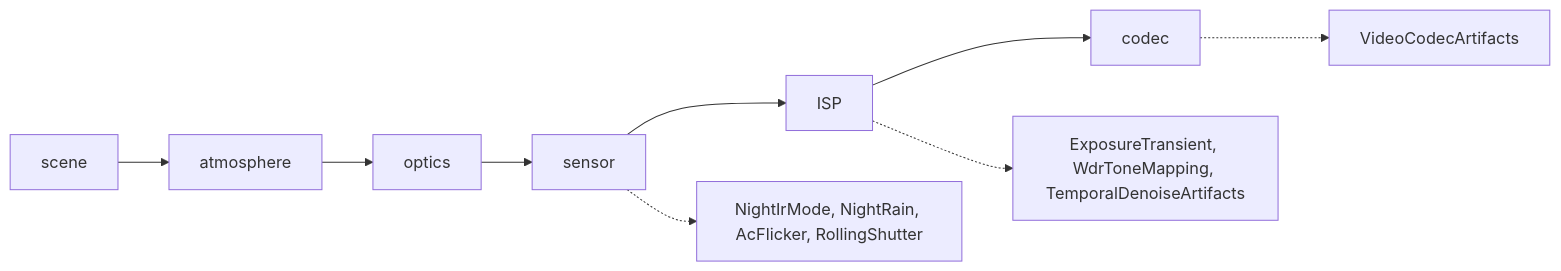
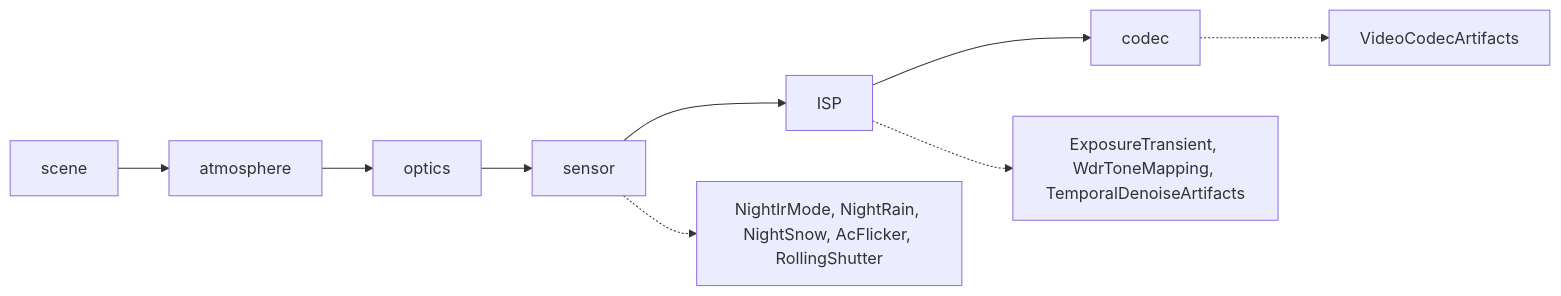
Diagram 13 of 18 in docs/how_it_works.md (desmoteo/surmentations), drawn with Mermaid before and after one commit. The commit also changed other lines of this file and 6 other files, not shown here.

````diff
--- a/docs/how_it_works.md
+++ b/docs/how_it_works.md
@@ -358,11 +385,11 @@
 ```mermaid
 flowchart LR
     SCENE["scene"] --> ATM["atmosphere"]
     ATM --> OPT["optics"]
     OPT --> SENS["sensor"]
     SENS --> ISP["ISP"]
     ISP --> CODEC["codec"]
-    SENS -.-> S1["NightIrMode, NightRain, AcFlicker, RollingShutter"]
+    SENS -.-> S1["NightIrMode, NightRain, NightSnow, AcFlicker, RollingShutter"]
     ISP -.-> S2["ExposureTransient, WdrToneMapping, TemporalDenoiseArtifacts"]
     CODEC -.-> S3["VideoCodecArtifacts"]
 ```
````
